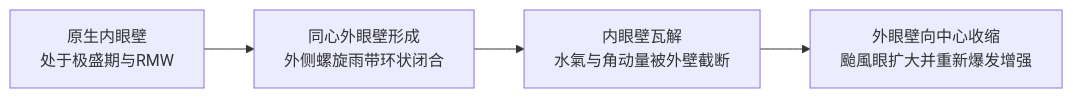
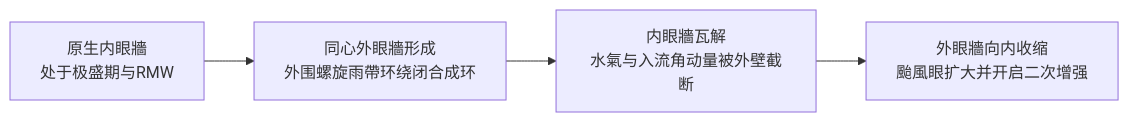
Before and after one commit to kenjinote/blog: the third of 11 diagrams in content/post/typhoon-meteorology-mechanisms-historic-disasters-guide/index.zh-tw.md, drawn with Mermaid. The commit also changed other lines of this file and 11 other files, not shown here.

````diff
--- a/content/post/typhoon-meteorology-mechanisms-historic-disasters-guide/index.zh-tw.md
+++ b/content/post/typhoon-meteorology-mechanisms-historic-disasters-guide/index.zh-tw.md
@@ -108,6 +127,6 @@
 ```mermaid
 flowchart LR
-    E1["原生内眼壁<br/>处于极盛期与RMW"] --> E2["同心外眼壁形成<br/>外侧螺旋雨带环状闭合"]
-    E2 --> E3["内眼壁瓦解<br/>水氣与角动量被外壁截断"]
-    E3 --> E4["外眼壁向中心收缩<br/>颱風眼扩大并重新爆发增强"]
+    E1["原生内眼牆<br/>处于极盛期与RMW"] --> E2["同心外眼牆形成<br/>外围螺旋雨帶环绕闭合成环"]
+    E2 --> E3["内眼牆瓦解<br/>水氣与入流角动量被外壁截断"]
+    E3 --> E4["外眼牆向内收缩<br/>颱風眼扩大并开启二次增强"]
 ```
````
